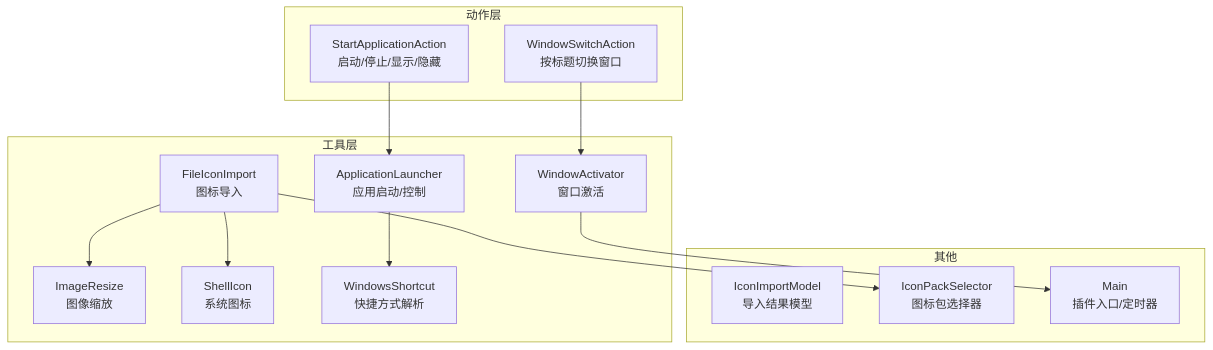
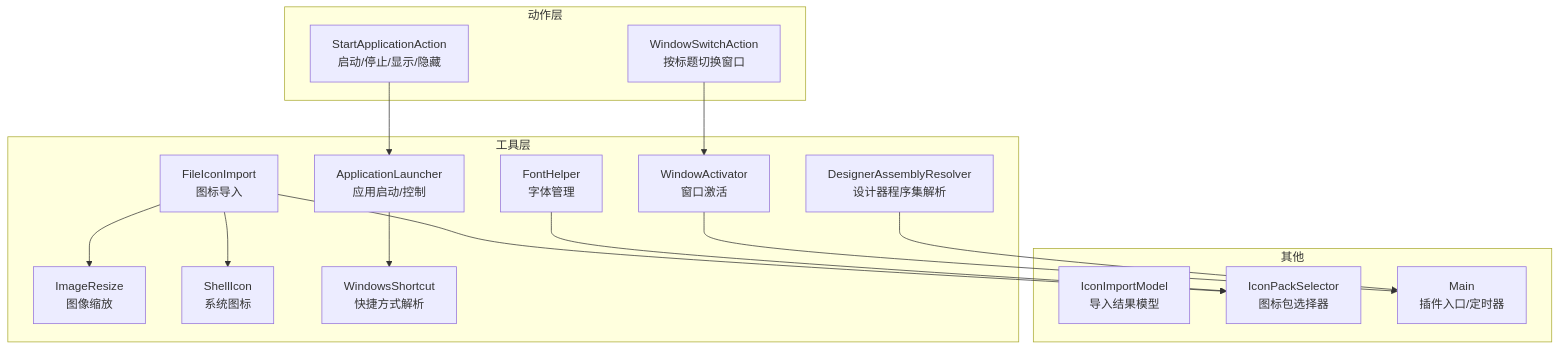
Before and after one commit to tea4go/Macro-Deck-Windows-Utils-Plugin: the first of 7 diagrams in .qoder/repowiki/zh/content/开发者指南/工具函数库/工具函数库.md, drawn with Mermaid. The commit also changed other lines of this file and 13 other files, not shown here.

````diff
--- a/.qoder/repowiki/zh/content/开发者指南/工具函数库/工具函数库.md
+++ b/.qoder/repowiki/zh/content/开发者指南/工具函数库/工具函数库.md
@@ -44,27 +48,31 @@
 ```mermaid
 graph TB
 subgraph "工具层"
 WA["WindowActivator<br/>窗口激活"]
 AL["ApplicationLauncher<br/>应用启动/控制"]
 FI["FileIconImport<br/>图标导入"]
 IR["ImageResize<br/>图像缩放"]
 SI["ShellIcon<br/>系统图标"]
 WS["WindowsShortcut<br/>快捷方式解析"]
+FH["FontHelper<br/>字体管理"]
+DAR["DesignerAssemblyResolver<br/>设计器程序集解析"]
 end
 subgraph "动作层"
 SA["StartApplicationAction<br/>启动/停止/显示/隐藏"]
 WSA["WindowSwitchAction<br/>按标题切换窗口"]
 end
 subgraph "其他"
 MI["IconImportModel<br/>导入结果模型"]
 IPS["IconPackSelector<br/>图标包选择器"]
 MAIN["Main<br/>插件入口/定时器"]
 end
 SA --> AL
 WSA --> WA
 FI --> SI
 FI --> IR
 FI --> IPS
 AL --> WS
 WA --> MAIN
+FH --> IPS
+DAR --> MAIN
 ```
````
